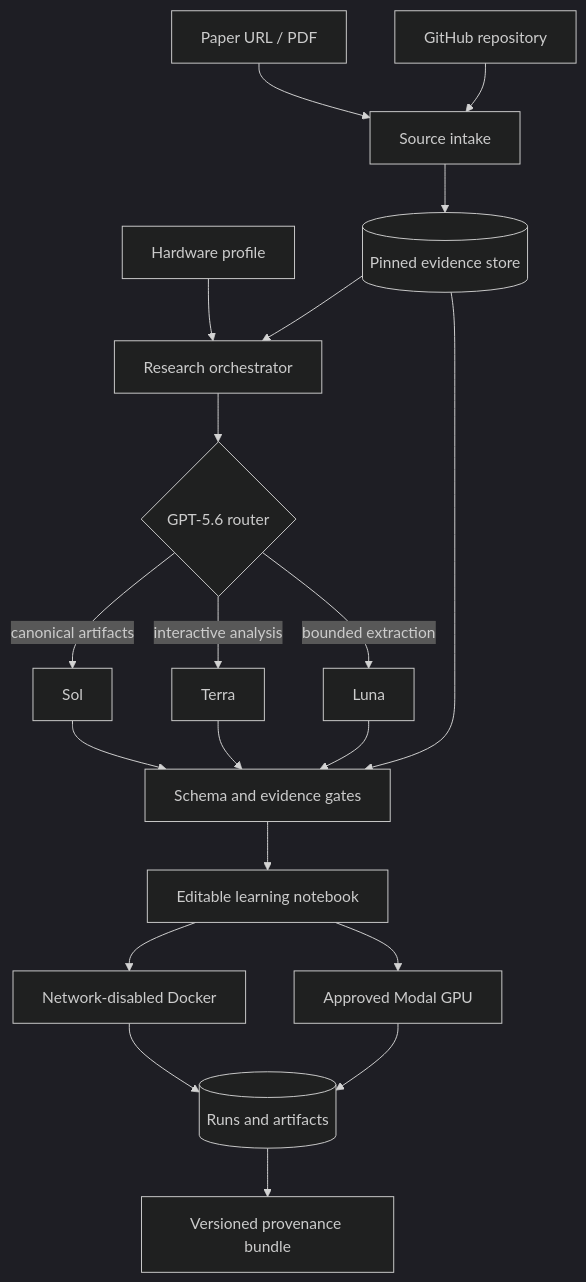
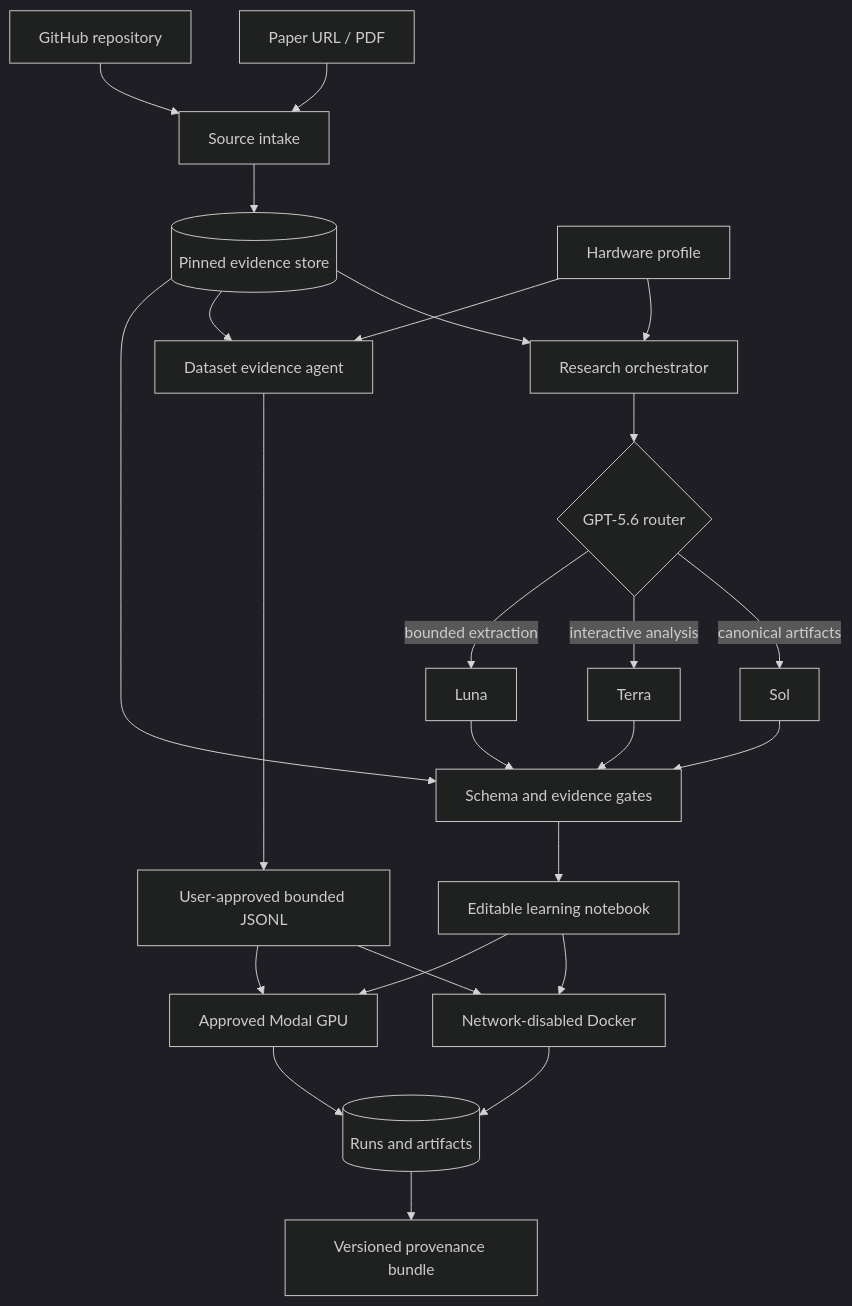
The diagram in README.md (yc9954/codex-for-ai-researcher), drawn with Mermaid (dark theme) before and after one commit. The commit also changed other lines of this file and 15 other files, not shown here.

````diff
--- a/README.md
+++ b/README.md
@@ -154,25 +179,30 @@
 ```mermaid
 flowchart TB
   A[Paper URL / PDF] --> B[Source intake]
   C[GitHub repository] --> B
   B --> D[(Pinned evidence store)]
   H[Hardware profile] --> O[Research orchestrator]
   D --> O
+  D --> Q[Dataset evidence agent]
+  H --> Q
+  Q --> U[User-approved bounded JSONL]
 
   O --> R{GPT-5.6 router}
   R -->|canonical artifacts| S[Sol]
   R -->|interactive analysis| T[Terra]
   R -->|bounded extraction| L[Luna]
 
   S --> G[Schema and evidence gates]
   T --> G
   L --> G
   D --> G
 
   G --> N[Editable learning notebook]
   N --> X[Network-disabled Docker]
   N --> M[Approved Modal GPU]
+  U --> X
+  U --> M
   X --> P[(Runs and artifacts)]
   M --> P
   P --> V[Versioned provenance bundle]
 ```
````
